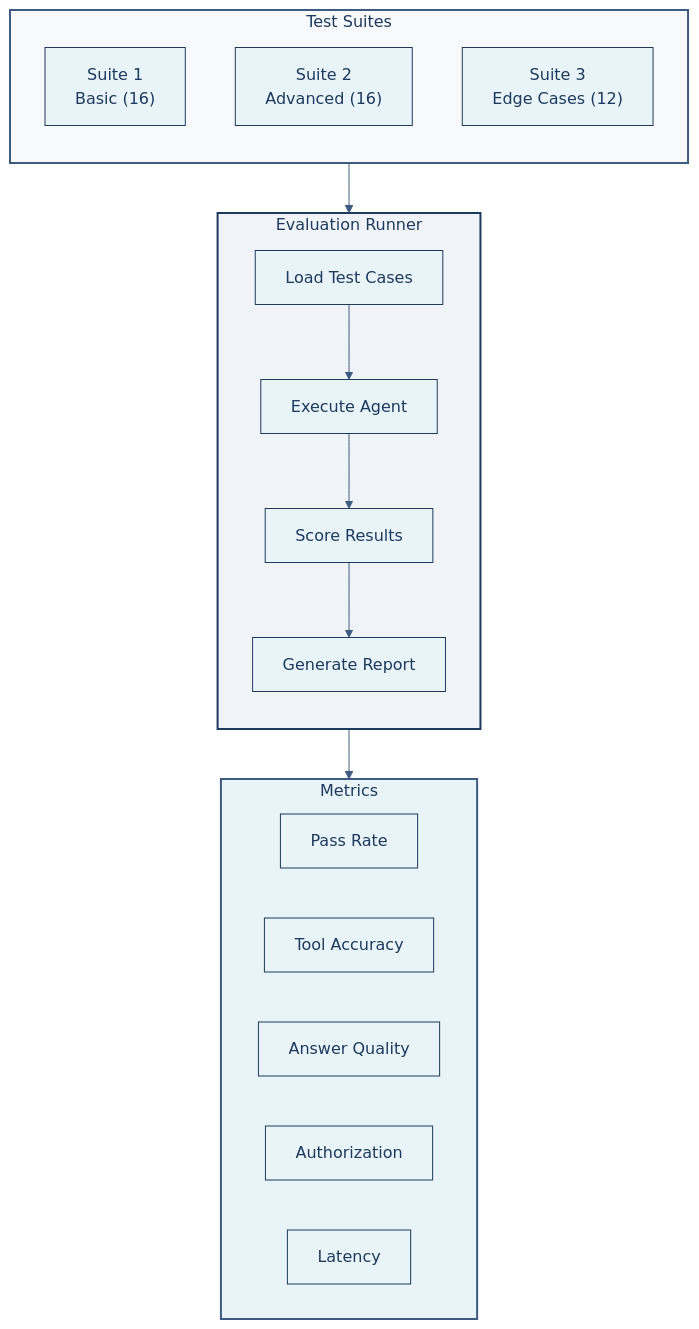
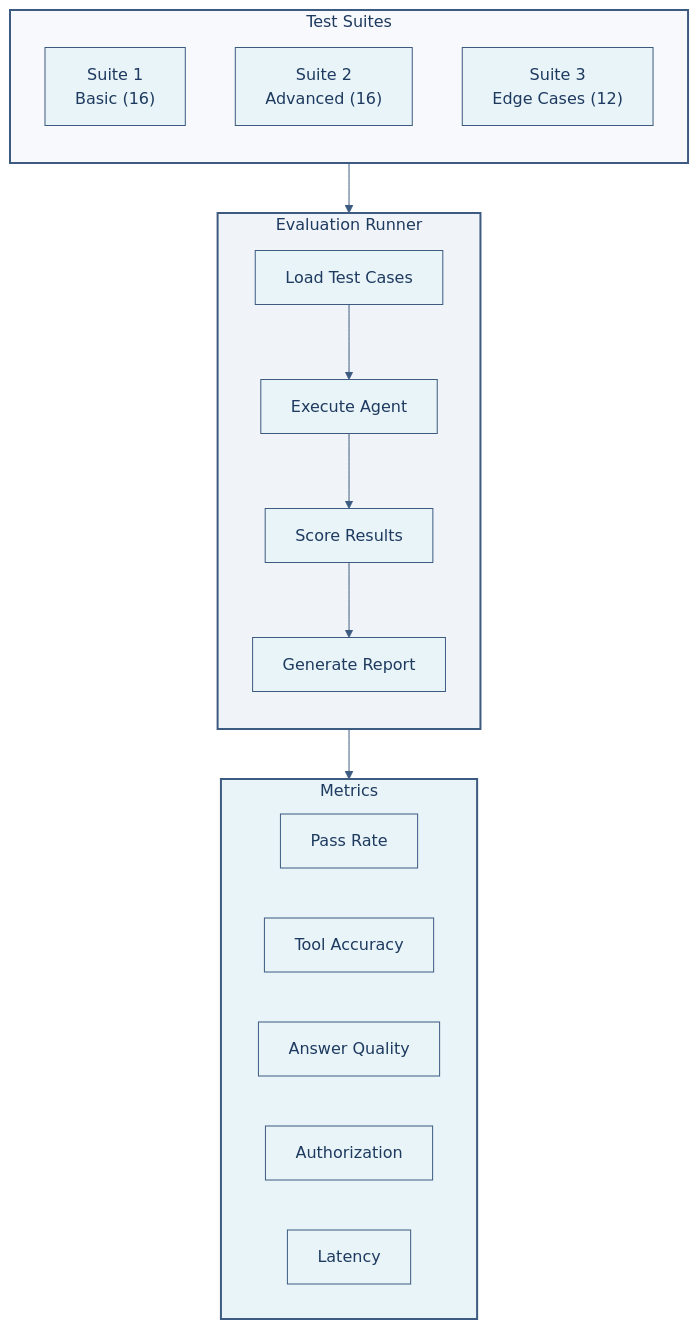
One commit to ruthvik-jeev/hr-agent changed the first of 4 diagrams in EVALUATION.md. Above: the diagram before and after it, drawn with Mermaid. The commit also changed other lines of this file and 2 other files, not shown here.

First line of the commit message:
fix: use light backgrounds for all diagram nodes and improve contrast

````diff
--- a/EVALUATION.md
+++ b/EVALUATION.md
@@ -32,37 +32,37 @@
 ```mermaid
-%%{init: {'theme': 'base', 'themeVariables': { 'primaryColor': '#e8f4f8', 'primaryTextColor': '#1e3a5f', 'primaryBorderColor': '#1e3a5f', 'lineColor': '#3d5a80', 'secondaryColor': '#f0f4f8', 'tertiaryColor': '#f7f9fc', 'nodeTextColor': '#1e3a5f', 'textColor': '#1e3a5f'}}}%%
+%%{init: {'theme': 'base', 'themeVariables': { 'primaryColor': '#e8f4f8', 'primaryTextColor': '#1e3a5f', 'primaryBorderColor': '#3d5a80', 'lineColor': '#3d5a80', 'secondaryColor': '#f0f4f8', 'tertiaryColor': '#f7f9fc', 'nodeTextColor': '#1e3a5f', 'textColor': '#1e3a5f', 'mainBkg': '#e8f4f8', 'nodeBkg': '#e8f4f8', 'clusterBkg': '#f7f9fc'}}}%%
 
 flowchart TB
     subgraph RUNNER["Evaluation Runner"]
         direction TB
         LOAD["Load Test Cases"]
         EXEC["Execute Agent"]
         SCORE["Score Results"]
         REPORT["Generate Report"]
         
         LOAD --> EXEC --> SCORE --> REPORT
     end
     
     subgraph METRICS["Metrics"]
         direction LR
         M1["Pass Rate"]
         M2["Tool Accuracy"]
         M3["Answer Quality"]
         M4["Authorization"]
         M5["Latency"]
     end
     
     subgraph CASES["Test Suites"]
         direction TB
         S1["Suite 1<br/>Basic (16)"]
         S2["Suite 2<br/>Advanced (16)"]
         S3["Suite 3<br/>Edge Cases (12)"]
     end
     
     CASES --> RUNNER
     RUNNER --> METRICS
     
-    style RUNNER fill:#f0f4f8,stroke:#1e3a5f,stroke-width:2px,color:#1e3a5f
+    style RUNNER fill:#f0f4f8,stroke:#3d5a80,stroke-width:2px,color:#1e3a5f
     style METRICS fill:#e8f4f8,stroke:#3d5a80,stroke-width:2px,color:#1e3a5f
     style CASES fill:#f7f9fc,stroke:#3d5a80,stroke-width:2px,color:#1e3a5f
 ```
````
